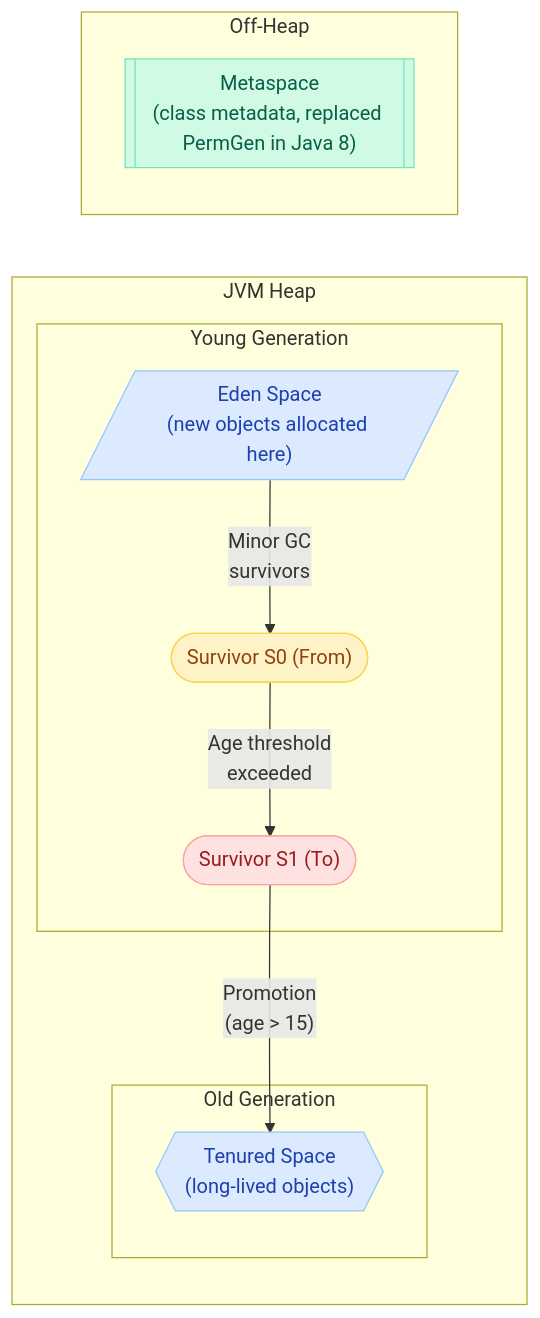
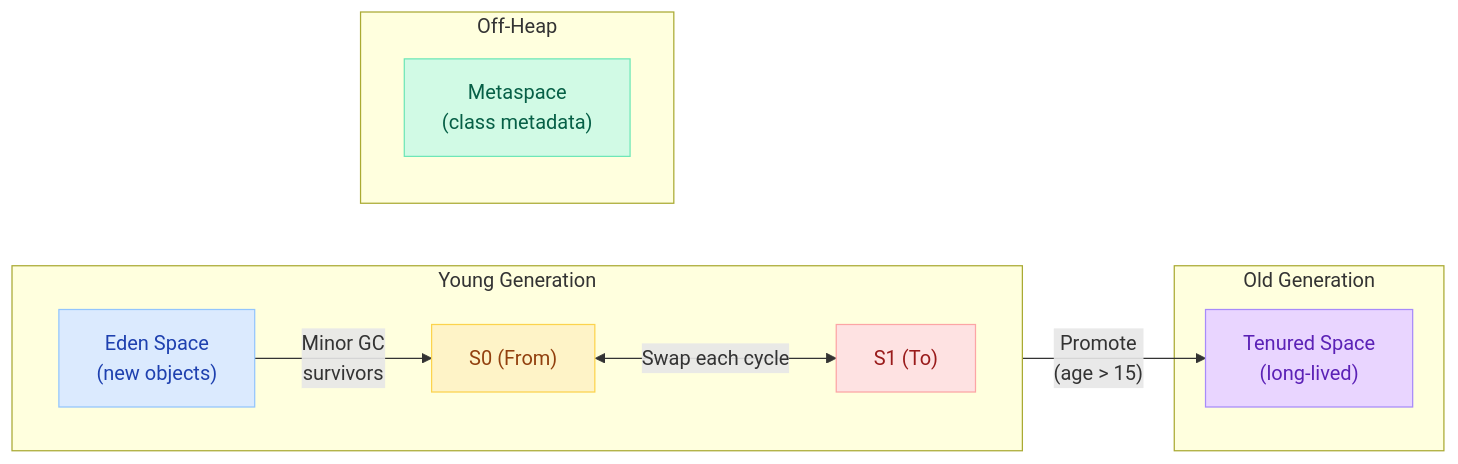
Before and after one commit to saivamsikaruturi/vamsilabs-dev-notes-main: the first of 22 diagrams in docs/java/GarbageCollection.md, drawn with Mermaid. The commit also changed other lines of this file and 3 other files, not shown here.

````diff
--- a/docs/java/GarbageCollection.md
+++ b/docs/java/GarbageCollection.md
@@ -65,26 +40,25 @@
 ```mermaid
 flowchart LR
-    subgraph JVM Heap
-        subgraph Young Generation
-            Eden[/"Eden Space<br/>(new objects allocated here)"/]
-            S0(["Survivor S0 (From)"])
-            S1(["Survivor S1 (To)"])
-        end
-        subgraph Old Generation
-            Tenured{{"Tenured Space<br/>(long-lived objects)"}}
-        end
+    subgraph Young["Young Generation"]
+        direction LR
+        Eden["Eden Space<br/>(new objects)"]
+        S0["S0 (From)"]
+        S1["S1 (To)"]
     end
-    subgraph Off-Heap
-        Meta[["Metaspace<br/>(class metadata, replaced PermGen in Java 8)"]]
+    subgraph Old["Old Generation"]
+        Tenured["Tenured Space<br/>(long-lived)"]
+    end
+    subgraph OffHeap["Off-Heap"]
+        Meta["Metaspace<br/>(class metadata)"]
     end
 
     Eden -->|"Minor GC<br/>survivors"| S0
-    S0 -->|"Age threshold<br/>exceeded"| S1
-    S1 -->|"Promotion<br/>(age > 15)"| Tenured
+    S0 <-->|"Swap each cycle"| S1
+    S1 -->|"Promote<br/>(age > 15)"| Tenured
 
     style Eden fill:#DBEAFE,stroke:#93C5FD,color:#1E40AF
-    style Meta fill:#D1FAE5,stroke:#6EE7B7,color:#065F46
     style S0 fill:#FEF3C7,stroke:#FCD34D,color:#92400E
     style S1 fill:#FEE2E2,stroke:#FCA5A5,color:#991B1B
-    style Tenured fill:#DBEAFE,stroke:#93C5FD,color:#1E40AF
+    style Tenured fill:#E9D5FF,stroke:#A78BFA,color:#5B21B6
+    style Meta fill:#D1FAE5,stroke:#6EE7B7,color:#065F46
 ```
````
